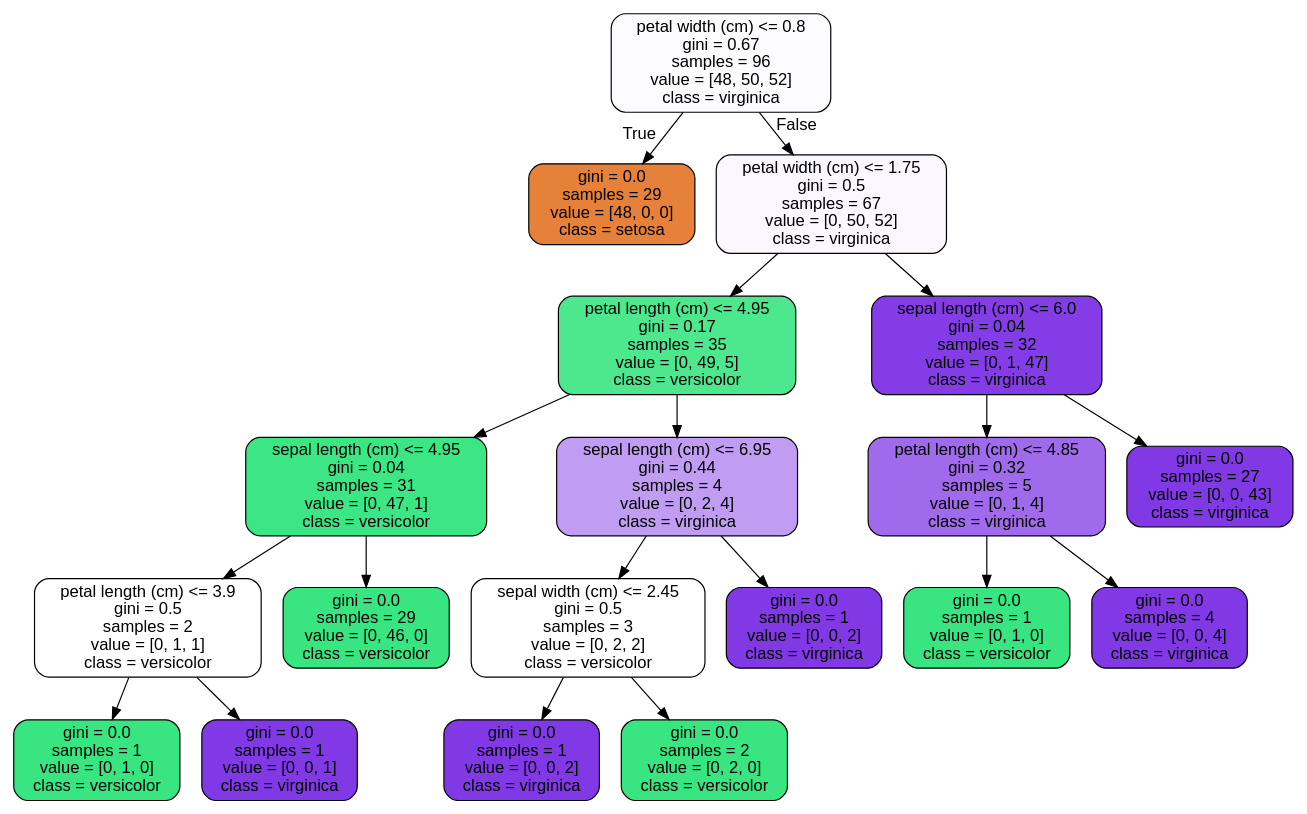
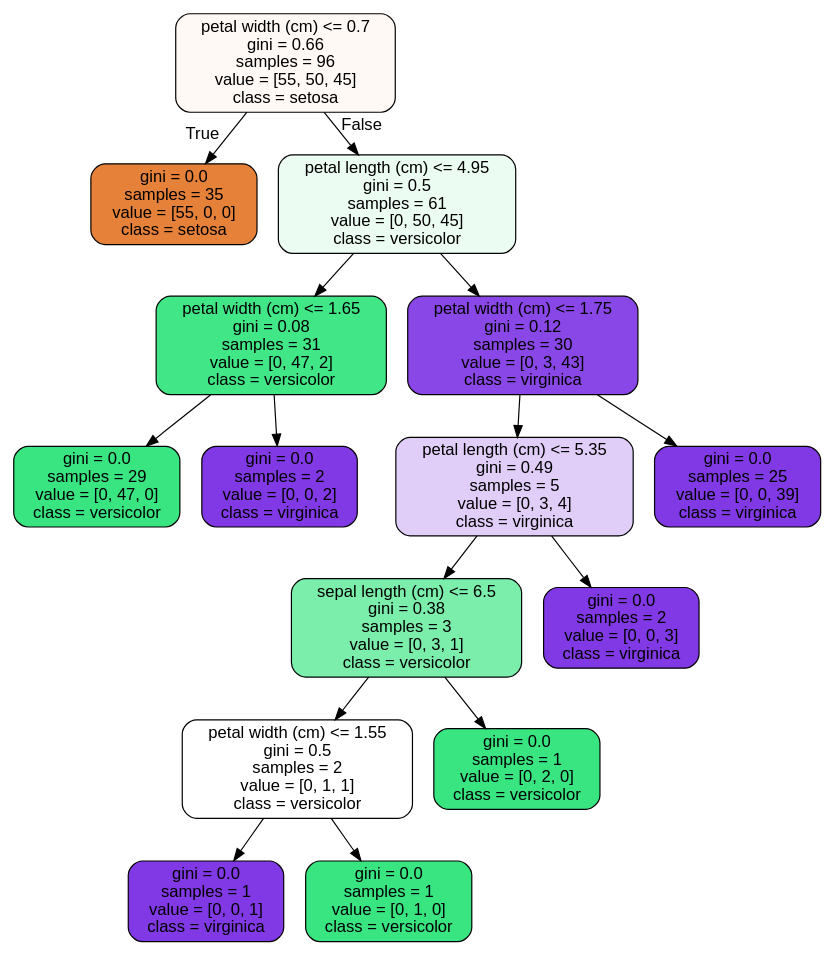
One commit to gvarg75/Springboard changed the diagram in assignments/supervised_learning/random_forest/tree.dot. Above: the diagram before and after it, drawn with Graphviz. The commit also changed 1 other file, not shown here.

```diff
--- a/assignments/supervised_learning/random_forest/tree.dot
+++ b/assignments/supervised_learning/random_forest/tree.dot
@@ -1,41 +1,33 @@
 digraph Tree {
 node [shape=box, style="filled, rounded", color="black", fontname=helvetica] ;
 edge [fontname=helvetica] ;
-0 [label="petal width (cm) <= 0.8\ngini = 0.67\nsamples = 96\nvalue = [48, 50, 52]\nclass = virginica", fillcolor="#fcfbfe"] ;
-1 [label="gini = 0.0\nsamples = 29\nvalue = [48, 0, 0]\nclass = setosa", fillcolor="#e58139"] ;
+0 [label="petal width (cm) <= 0.7\ngini = 0.66\nsamples = 96\nvalue = [55, 50, 45]\nclass = setosa", fillcolor="#fef9f5"] ;
+1 [label="gini = 0.0\nsamples = 35\nvalue = [55, 0, 0]\nclass = setosa", fillcolor="#e58139"] ;
 0 -> 1 [labeldistance=2.5, labelangle=45, headlabel="True"] ;
-2 [label="petal width (cm) <= 1.75\ngini = 0.5\nsamples = 67\nvalue = [0, 50, 52]\nclass = virginica", fillcolor="#faf7fe"] ;
+2 [label="petal length (cm) <= 4.95\ngini = 0.5\nsamples = 61\nvalue = [0, 50, 45]\nclass = versicolor", fillcolor="#ebfcf2"] ;
 0 -> 2 [labeldistance=2.5, labelangle=-45, headlabel="False"] ;
-3 [label="petal length (cm) <= 4.95\ngini = 0.17\nsamples = 35\nvalue = [0, 49, 5]\nclass = versicolor", fillcolor="#4de88e"] ;
+3 [label="petal width (cm) <= 1.65\ngini = 0.08\nsamples = 31\nvalue = [0, 47, 2]\nclass = versicolor", fillcolor="#41e686"] ;
 2 -> 3 ;
-4 [label="sepal length (cm) <= 4.95\ngini = 0.04\nsamples = 31\nvalue = [0, 47, 1]\nclass = versicolor", fillcolor="#3de684"] ;
+4 [label="gini = 0.0\nsamples = 29\nvalue = [0, 47, 0]\nclass = versicolor", fillcolor="#39e581"] ;
 3 -> 4 ;
-5 [label="petal length (cm) <= 3.9\ngini = 0.5\nsamples = 2\nvalue = [0, 1, 1]\nclass = versicolor", fillcolor="#ffffff"] ;
-4 -> 5 ;
-6 [label="gini = 0.0\nsamples = 1\nvalue = [0, 1, 0]\nclass = versicolor", fillcolor="#39e581"] ;
-5 -> 6 ;
-7 [label="gini = 0.0\nsamples = 1\nvalue = [0, 0, 1]\nclass = virginica", fillcolor="#8139e5"] ;
-5 -> 7 ;
-8 [label="gini = 0.0\nsamples = 29\nvalue = [0, 46, 0]\nclass = versicolor", fillcolor="#39e581"] ;
-4 -> 8 ;
-9 [label="sepal length (cm) <= 6.95\ngini = 0.44\nsamples = 4\nvalue = [0, 2, 4]\nclass = virginica", fillcolor="#c09cf2"] ;
-3 -> 9 ;
-10 [label="sepal width (cm) <= 2.45\ngini = 0.5\nsamples = 3\nvalue = [0, 2, 2]\nclass = versicolor", fillcolor="#ffffff"] ;
+5 [label="gini = 0.0\nsamples = 2\nvalue = [0, 0, 2]\nclass = virginica", fillcolor="#8139e5"] ;
+3 -> 5 ;
+6 [label="petal width (cm) <= 1.75\ngini = 0.12\nsamples = 30\nvalue = [0, 3, 43]\nclass = virginica", fillcolor="#8a47e7"] ;
+2 -> 6 ;
+7 [label="petal length (cm) <= 5.35\ngini = 0.49\nsamples = 5\nvalue = [0, 3, 4]\nclass = virginica", fillcolor="#e0cef8"] ;
+6 -> 7 ;
+8 [label="sepal length (cm) <= 6.5\ngini = 0.38\nsamples = 3\nvalue = [0, 3, 1]\nclass = versicolor", fillcolor="#7beeab"] ;
+7 -> 8 ;
+9 [label="petal width (cm) <= 1.55\ngini = 0.5\nsamples = 2\nvalue = [0, 1, 1]\nclass = versicolor", fillcolor="#ffffff"] ;
+8 -> 9 ;
+10 [label="gini = 0.0\nsamples = 1\nvalue = [0, 0, 1]\nclass = virginica", fillcolor="#8139e5"] ;
 9 -> 10 ;
-11 [label="gini = 0.0\nsamples = 1\nvalue = [0, 0, 2]\nclass = virginica", fillcolor="#8139e5"] ;
-10 -> 11 ;
-12 [label="gini = 0.0\nsamples = 2\nvalue = [0, 2, 0]\nclass = versicolor", fillcolor="#39e581"] ;
-10 -> 12 ;
-13 [label="gini = 0.0\nsamples = 1\nvalue = [0, 0, 2]\nclass = virginica", fillcolor="#8139e5"] ;
-9 -> 13 ;
-14 [label="sepal length (cm) <= 6.0\ngini = 0.04\nsamples = 32\nvalue = [0, 1, 47]\nclass = virginica", fillcolor="#843de6"] ;
-2 -> 14 ;
-15 [label="petal length (cm) <= 4.85\ngini = 0.32\nsamples = 5\nvalue = [0, 1, 4]\nclass = virginica", fillcolor="#a06aec"] ;
-14 -> 15 ;
-16 [label="gini = 0.0\nsamples = 1\nvalue = [0, 1, 0]\nclass = versicolor", fillcolor="#39e581"] ;
-15 -> 16 ;
-17 [label="gini = 0.0\nsamples = 4\nvalue = [0, 0, 4]\nclass = virginica", fillcolor="#8139e5"] ;
-15 -> 17 ;
-18 [label="gini = 0.0\nsamples = 27\nvalue = [0, 0, 43]\nclass = virginica", fillcolor="#8139e5"] ;
-14 -> 18 ;
+11 [label="gini = 0.0\nsamples = 1\nvalue = [0, 1, 0]\nclass = versicolor", fillcolor="#39e581"] ;
+9 -> 11 ;
+12 [label="gini = 0.0\nsamples = 1\nvalue = [0, 2, 0]\nclass = versicolor", fillcolor="#39e581"] ;
+8 -> 12 ;
+13 [label="gini = 0.0\nsamples = 2\nvalue = [0, 0, 3]\nclass = virginica", fillcolor="#8139e5"] ;
+7 -> 13 ;
+14 [label="gini = 0.0\nsamples = 25\nvalue = [0, 0, 39]\nclass = virginica", fillcolor="#8139e5"] ;
+6 -> 14 ;
 }
```
